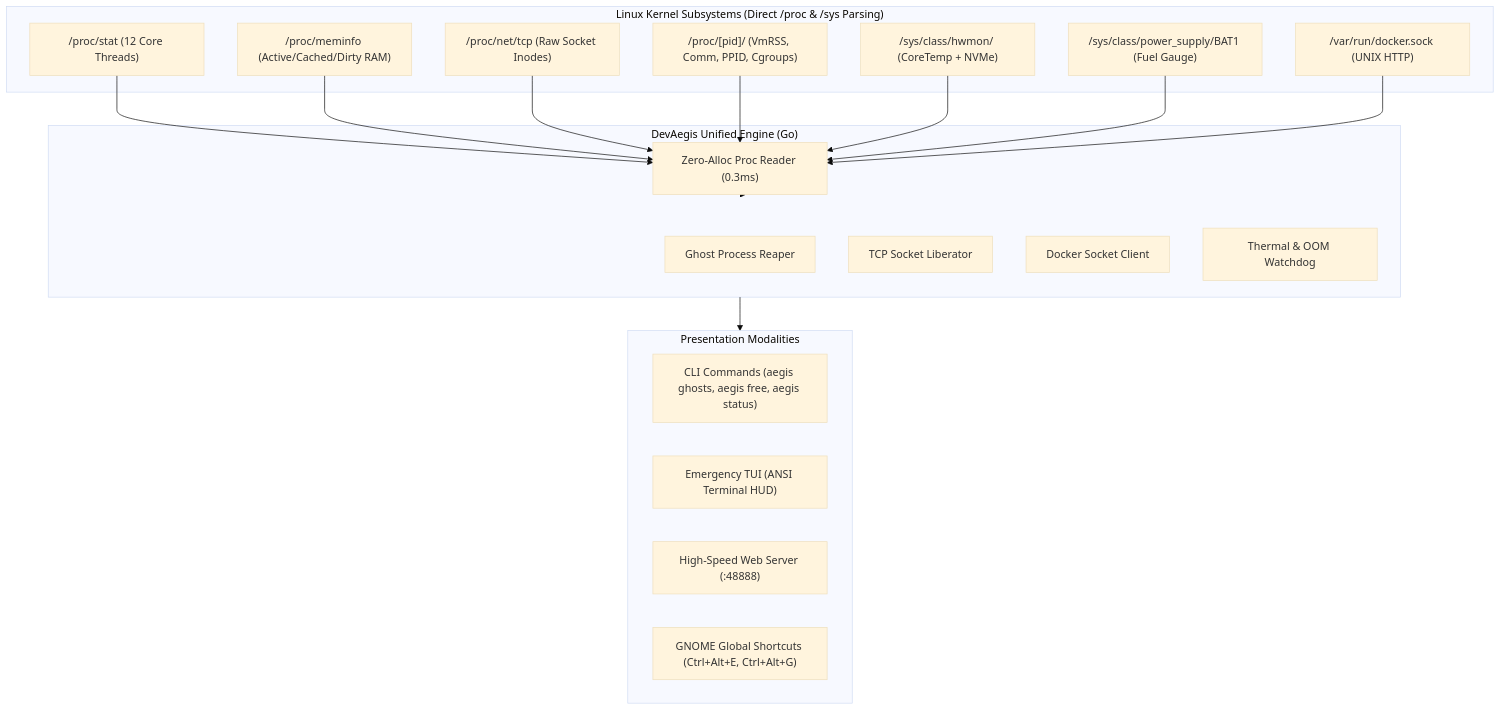
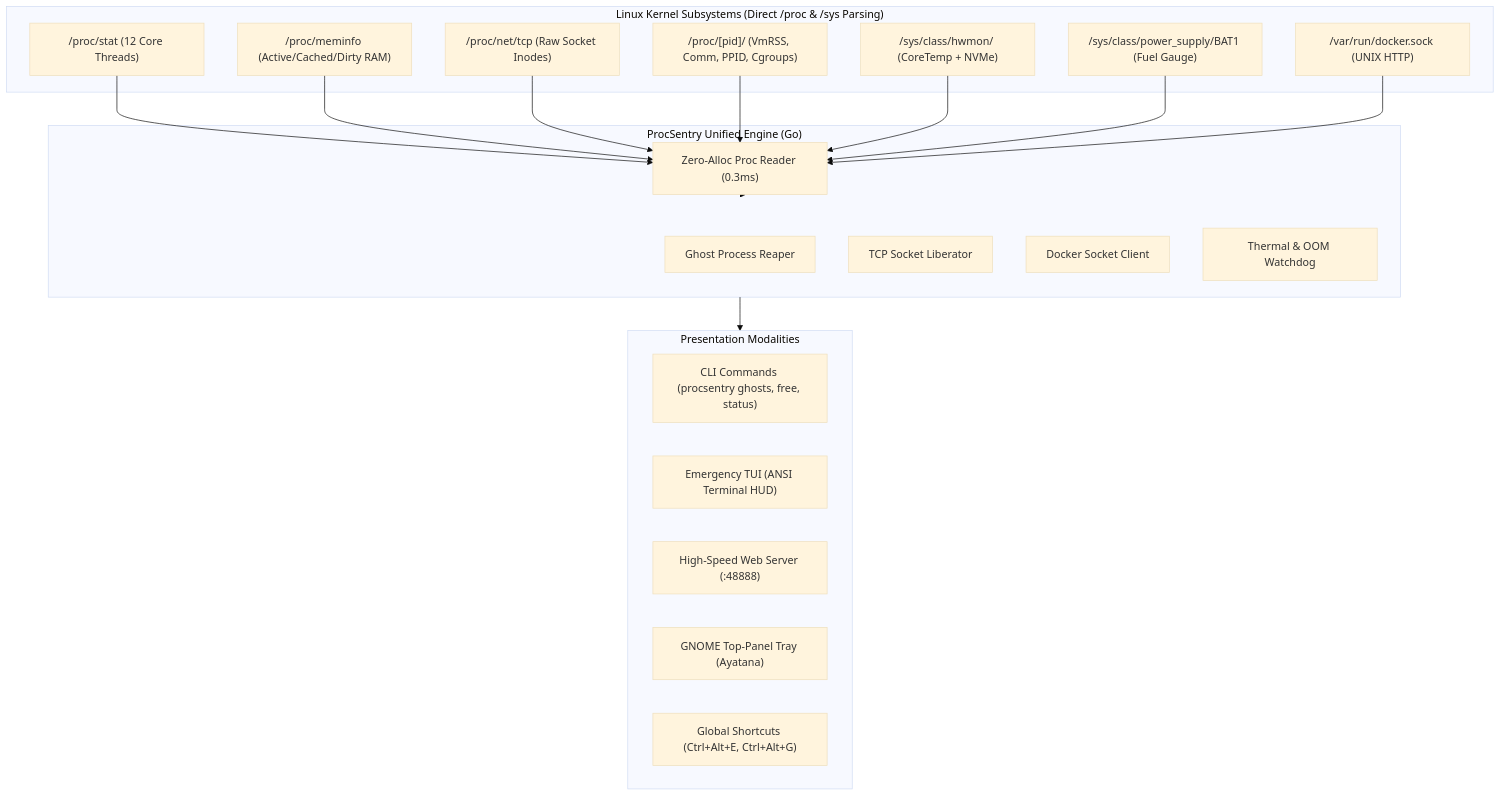
The diagram in README.md (NURJAKS/procsentry), drawn with Mermaid (base theme) before and after one commit. The commit also changed other lines of this file and 10 other files, not shown here.

````diff
--- a/README.md
+++ b/README.md
@@ -45,31 +46,32 @@
 ```mermaid
 flowchart TD
     subgraph Kernel["Linux Kernel Subsystems (Direct /proc & /sys Parsing)"]
         Stat["/proc/stat (12 Core Threads)"]
         Mem["/proc/meminfo (Active/Cached/Dirty RAM)"]
         TCP["/proc/net/tcp (Raw Socket Inodes)"]
         Proc["/proc/[pid]/ (VmRSS, Comm, PPID, Cgroups)"]
         Hwmon["/sys/class/hwmon/ (CoreTemp + NVMe)"]
         Power["/sys/class/power_supply/BAT1 (Fuel Gauge)"]
         DockerSock["/var/run/docker.sock (UNIX HTTP)"]
     end
 
-    subgraph Core["DevAegis Unified Engine (Go)"]
+    subgraph Core["ProcSentry Unified Engine (Go)"]
         Reader["Zero-Alloc Proc Reader (0.3ms)"]
         Reaper["Ghost Process Reaper"]
         Radar["TCP Socket Liberator"]
         DockerEngine["Docker Socket Client"]
         Watchdog["Thermal & OOM Watchdog"]
     end
 
     subgraph Interfaces["Presentation Modalities"]
-        CLI["CLI Commands (aegis ghosts, aegis free, aegis status)"]
+        CLI["CLI Commands (procsentry ghosts, free, status)"]
         TUI["Emergency TUI (ANSI Terminal HUD)"]
         Web["High-Speed Web Server (:48888)"]
-        Hotkeys["GNOME Global Shortcuts (Ctrl+Alt+E, Ctrl+Alt+G)"]
+        Tray["GNOME Top-Panel Tray (Ayatana)"]
+        Hotkeys["Global Shortcuts (Ctrl+Alt+E, Ctrl+Alt+G)"]
     end
 
     Stat & Mem & TCP & Proc & Hwmon & Power & DockerSock --> Reader
     Reader --> Core
     Core --> Interfaces
 ```
````
